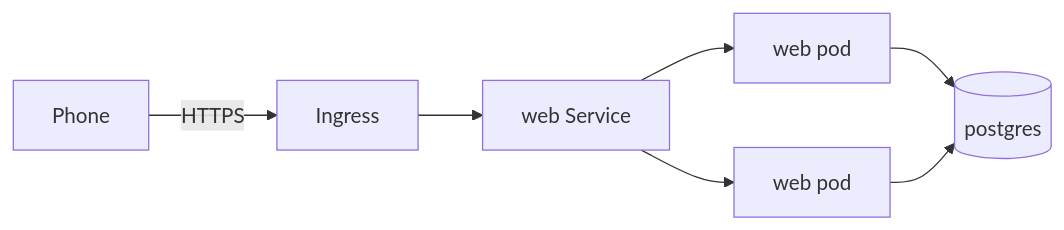
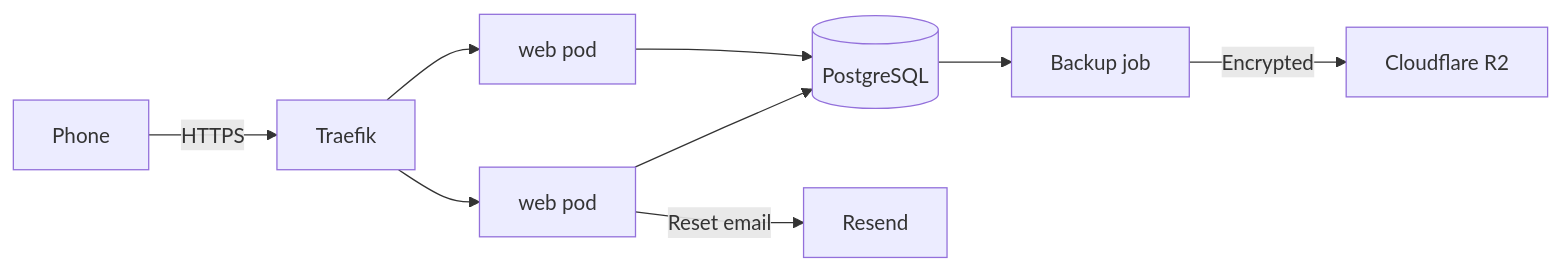
The diagram in deploy/README.md (ishrakk/make-the-teams), drawn with Mermaid before and after one commit. The commit also changed other lines of this file and 11 other files, not shown here.

First line of the commit message:
Add production setup for k3s, HTTPS and encrypted backups

````diff
--- a/deploy/README.md
+++ b/deploy/README.md
@@ -13,9 +16,11 @@
 ```mermaid
 flowchart LR
-    user[Phone] -->|HTTPS| ingress[Ingress]
-    ingress --> service[web Service]
-    service --> web1[web pod]
-    service --> web2[web pod]
-    web1 --> pg[(postgres)]
+    user[Phone] -->|HTTPS| traefik[Traefik]
+    traefik --> web1[web pod]
+    traefik --> web2[web pod]
+    web1 --> pg[(PostgreSQL)]
     web2 --> pg
+    web1 -->|Reset email| resend[Resend]
+    pg --> backup[Backup job]
+    backup -->|Encrypted| r2[Cloudflare R2]
 ```
````
